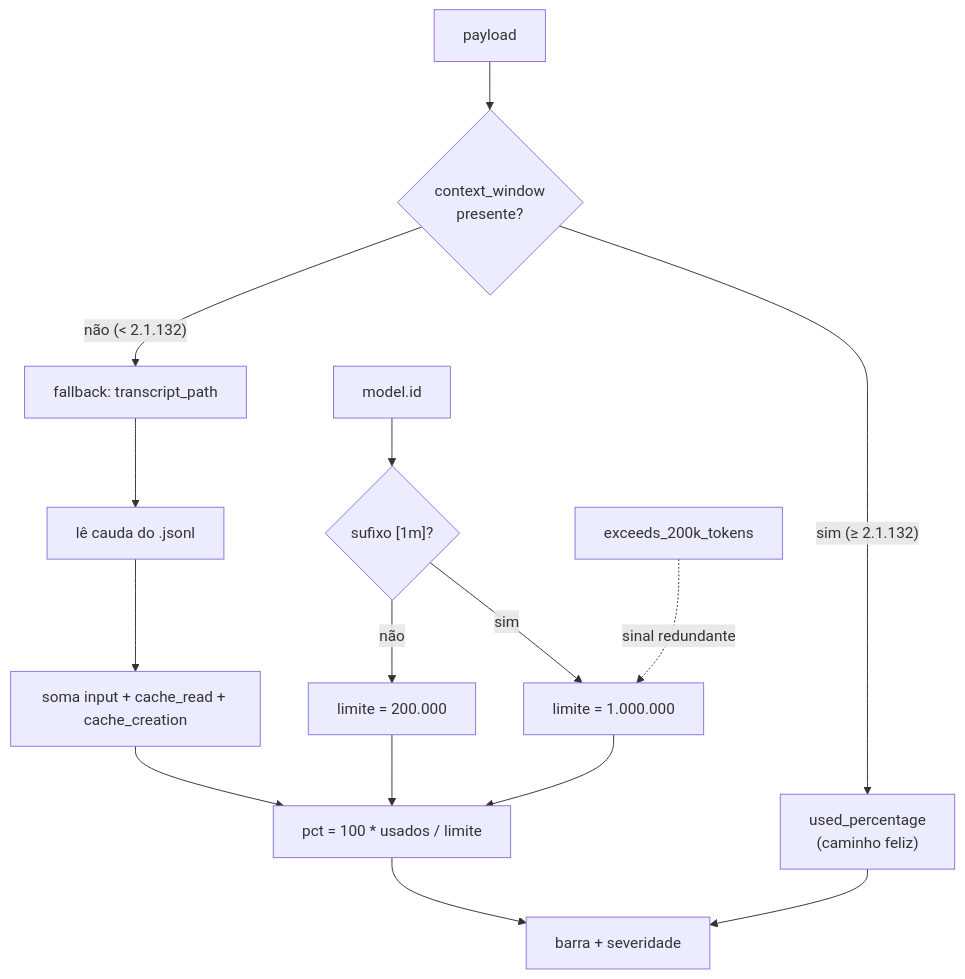
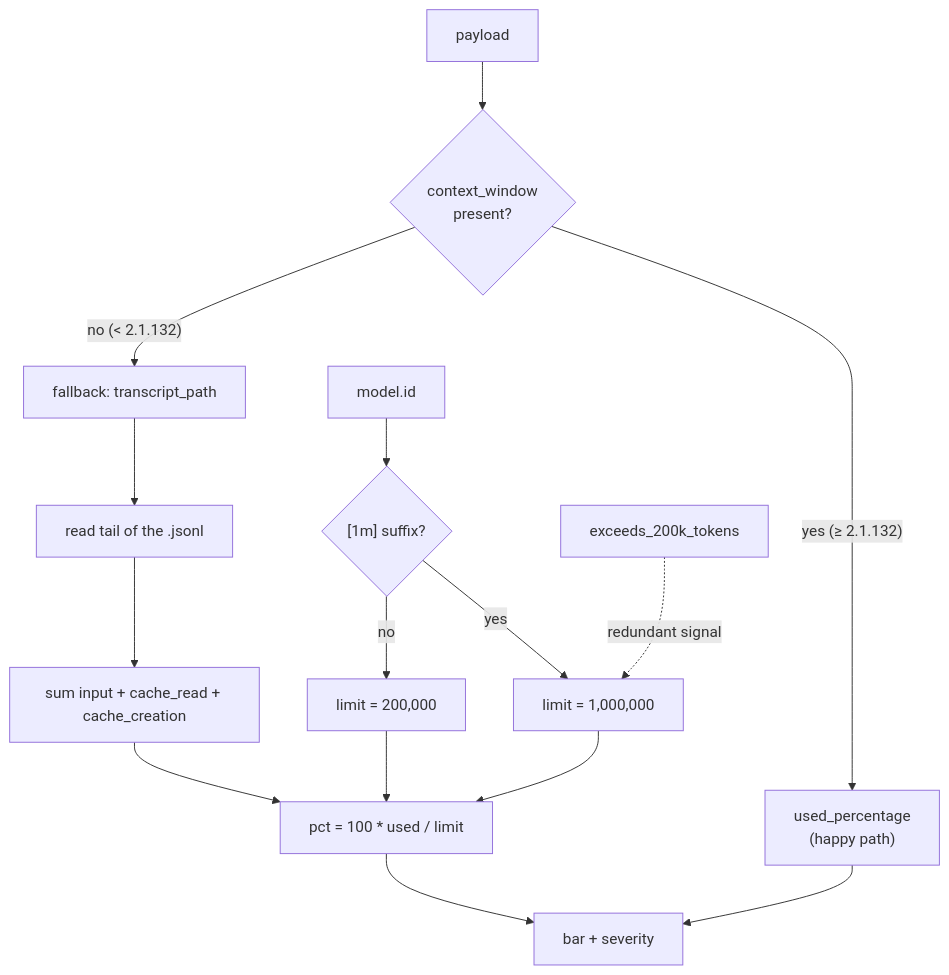
The third of 4 diagrams in docs/ARCHITECTURE-PHASE-2.md (MatheusChiodi/AgentTeam-Memory), drawn with Mermaid before and after one commit. The commit also changed other lines of this file and 49 other files, not shown here.

````diff
--- a/docs/ARCHITECTURE-PHASE-2.md
+++ b/docs/ARCHITECTURE-PHASE-2.md
@@ -145,17 +145,17 @@
 ```mermaid
 flowchart TD
-  PL["payload"] --> HAS{"context_window<br/>presente?"}
-  HAS -- "sim (≥ 2.1.132)" --> CW["used_percentage<br/>(caminho feliz)"]
-  HAS -- "não (< 2.1.132)" --> FB["fallback: transcript_path"]
-  FB --> TAIL["lê cauda do .jsonl"]
-  TAIL --> SUM["soma input + cache_read + cache_creation"]
-  MID["model.id"] --> LIM{"sufixo [1m]?"}
-  LIM -- sim --> L1["limite = 1.000.000"]
-  LIM -- não --> L2["limite = 200.000"]
-  EX["exceeds_200k_tokens"] -. "sinal redundante" .-> L1
-  SUM --> PCT["pct = 100 * usados / limite"]
+  PL["payload"] --> HAS{"context_window<br/>present?"}
+  HAS -- "yes (≥ 2.1.132)" --> CW["used_percentage<br/>(happy path)"]
+  HAS -- "no (< 2.1.132)" --> FB["fallback: transcript_path"]
+  FB --> TAIL["read tail of the .jsonl"]
+  TAIL --> SUM["sum input + cache_read + cache_creation"]
+  MID["model.id"] --> LIM{"[1m] suffix?"}
+  LIM -- yes --> L1["limit = 1,000,000"]
+  LIM -- no --> L2["limit = 200,000"]
+  EX["exceeds_200k_tokens"] -. "redundant signal" .-> L1
+  SUM --> PCT["pct = 100 * used / limit"]
   L1 --> PCT
   L2 --> PCT
-  CW --> BAR["barra + severidade"]
+  CW --> BAR["bar + severity"]
   PCT --> BAR
 ```
````
